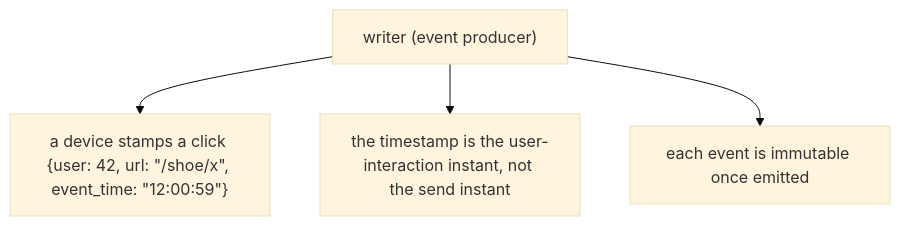
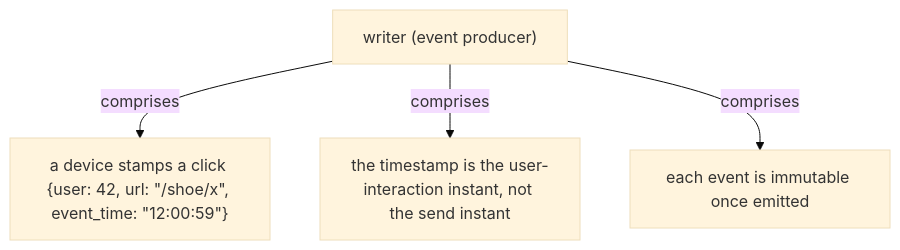
Before and after one commit to vinayakuber/streaming-systems-study-guide: the fourth of 19 diagrams in docs/ch01-streaming-101.md, drawn with Mermaid (base theme). The commit also changed other lines of this file and 22 other files, not shown here.

First line of the commit message:
R18: label every diagram arrow with its meaning

````diff
--- a/docs/ch01-streaming-101.md
+++ b/docs/ch01-streaming-101.md
@@ -136,7 +136,7 @@
 ```mermaid
 flowchart TD
   R["writer (event producer)"]
-  R --> P0["a device stamps a click {user: 42, url: #quot;/shoe/x#quot;, event_time: #quot;12:00:59#quot;}"]
-  R --> P1["the timestamp is the user-interaction instant, not the send instant"]
-  R --> P2["each event is immutable once emitted"]
+  R -->|"comprises"| P0["a device stamps a click {user: 42, url: #quot;/shoe/x#quot;, event_time: #quot;12:00:59#quot;}"]
+  R -->|"comprises"| P1["the timestamp is the user-interaction instant, not the send instant"]
+  R -->|"comprises"| P2["each event is immutable once emitted"]
 ```
````
